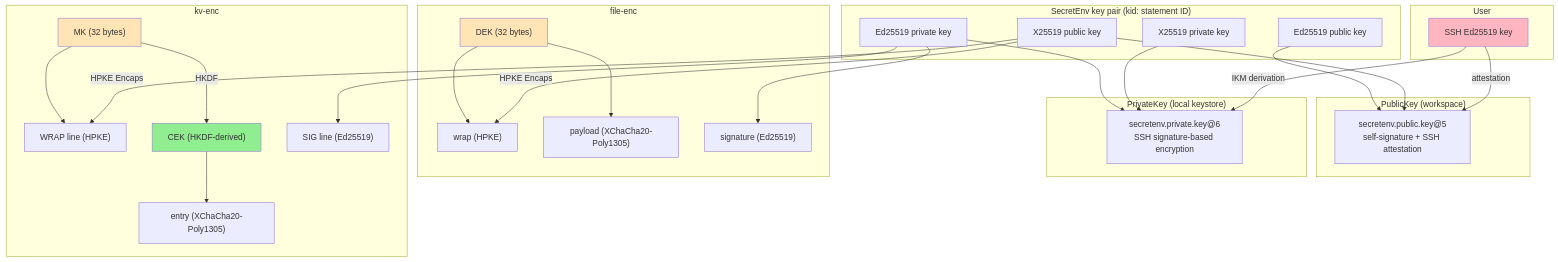
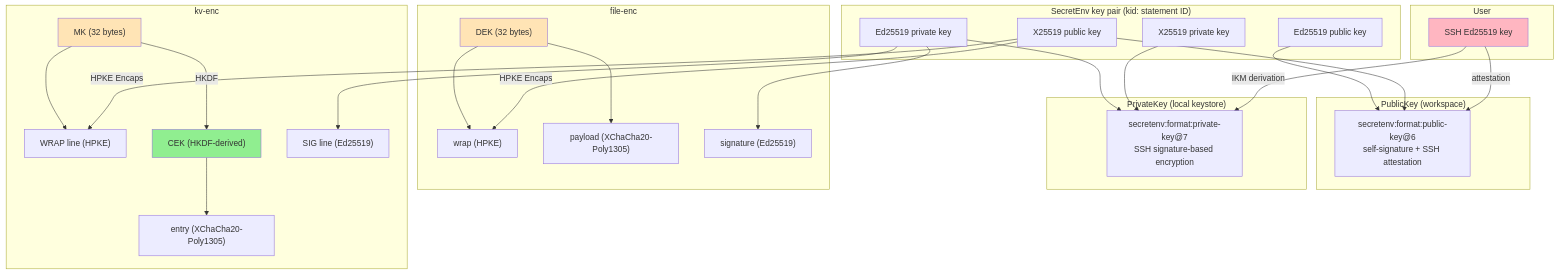
One commit to ebisawa/kapsaro changed the sixth of 6 diagrams in guides/security_design_en.md. Above: the diagram before and after it, drawn with Mermaid. The commit also changed other lines of this file and 119 other files, not shown here.

````diff
--- a/guides/security_design_en.md
+++ b/guides/security_design_en.md
@@ -1517,59 +1517,59 @@
 ```mermaid
 graph TB
     subgraph user["User"]
         SSH["SSH Ed25519 key"]
     end
 
     subgraph secretenv_keys["SecretEnv key pair (kid: statement ID)"]
         KEM_PK["X25519 public key"]
         KEM_SK["X25519 private key"]
         SIG_PK["Ed25519 public key"]
         SIG_SK["Ed25519 private key"]
     end
 
     subgraph public_key["PublicKey (workspace)"]
-        PK_DOC["secretenv.public.key@5<br/>self-signature + SSH attestation"]
+        PK_DOC["secretenv:format:public-key@6<br/>self-signature + SSH attestation"]
     end
 
     subgraph private_key["PrivateKey (local keystore)"]
-        PK_ENC["secretenv.private.key@6<br/>SSH signature-based encryption"]
+        PK_ENC["secretenv:format:private-key@7<br/>SSH signature-based encryption"]
     end
 
     subgraph file_enc["file-enc"]
         DEK["DEK (32 bytes)"]
         FILE_WRAP["wrap (HPKE)"]
         FILE_PAYLOAD["payload (XChaCha20-Poly1305)"]
         FILE_SIG["signature (Ed25519)"]
     end
 
     subgraph kv_enc["kv-enc"]
         MK["MK (32 bytes)"]
         KV_WRAP["WRAP line (HPKE)"]
         CEK["CEK (HKDF-derived)"]
         ENTRY["entry (XChaCha20-Poly1305)"]
         KV_SIG["SIG line (Ed25519)"]
     end
 
     SSH -->|attestation| PK_DOC
     SSH -->|IKM derivation| PK_ENC
     KEM_PK --> PK_DOC
     SIG_PK --> PK_DOC
     KEM_SK --> PK_ENC
     SIG_SK --> PK_ENC
 
     KEM_PK -->|HPKE Encaps| FILE_WRAP
     KEM_PK -->|HPKE Encaps| KV_WRAP
     DEK --> FILE_WRAP
     DEK --> FILE_PAYLOAD
     SIG_SK --> FILE_SIG
 
     MK --> KV_WRAP
     MK -->|HKDF| CEK
     CEK --> ENTRY
     SIG_SK --> KV_SIG
 
     style SSH fill:#FFB6C1
     style DEK fill:#FFE4B5
     style MK fill:#FFE4B5
     style CEK fill:#90EE90
 ```
````
